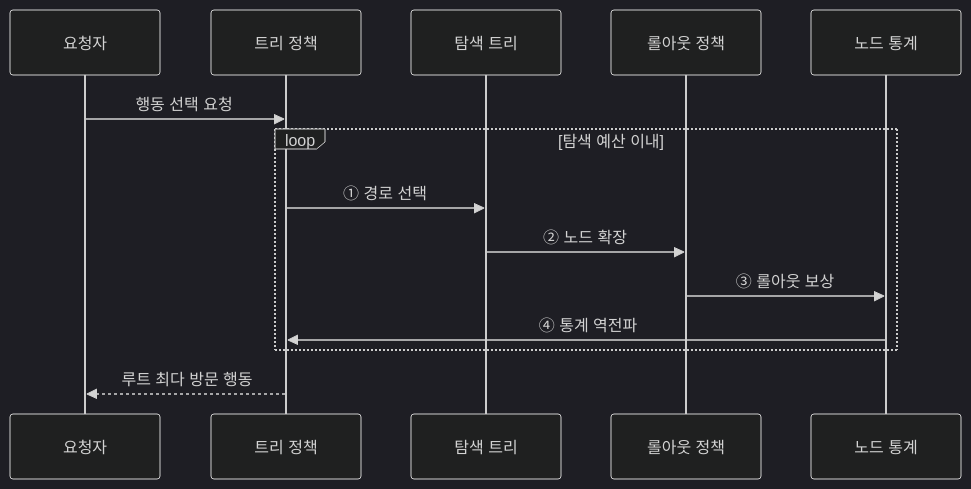
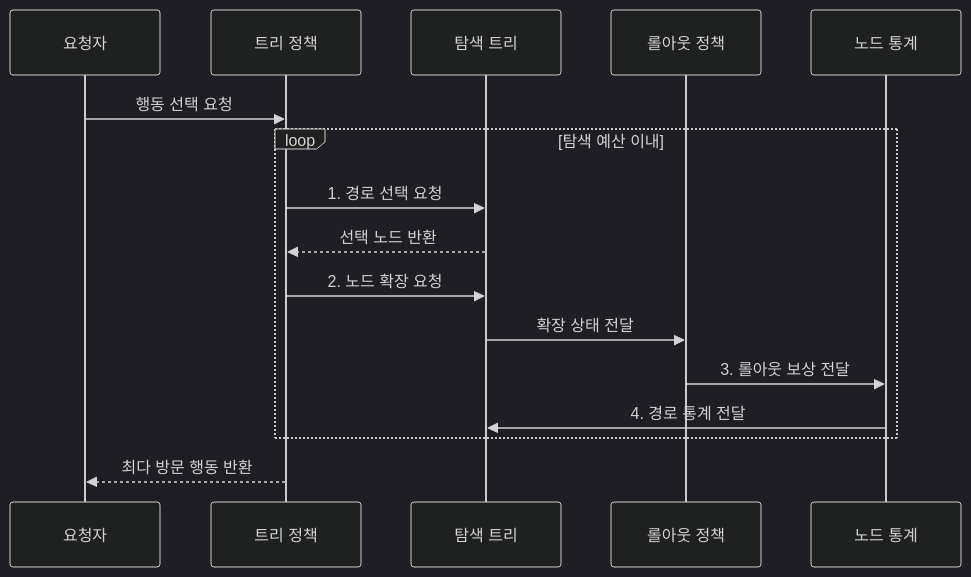
One commit to agnusdei1207/knowledge-base changed the third of 4 diagrams in src/content/docs/notes/01-basic-theory/018_mcts.md. Above: the diagram before and after it, drawn with Mermaid (dark theme). The commit also changed other lines of this file and 20 other files, not shown here.

````diff
--- a/src/content/docs/notes/01-basic-theory/018_mcts.md
+++ b/src/content/docs/notes/01-basic-theory/018_mcts.md
@@ -102,16 +107,18 @@
 ```mermaid
 sequenceDiagram
     participant Q as 요청자
     participant T as 트리 정책
     participant R as 탐색 트리
     participant P as 롤아웃 정책
     participant S as 노드 통계
     Q->>T: 행동 선택 요청
     loop 탐색 예산 이내
-        T->>R: ① 경로 선택
-        R->>P: ② 노드 확장
-        P->>S: ③ 롤아웃 보상
-        S->>T: ④ 통계 역전파
+        T->>R: 1. 경로 선택 요청
+        R-->>T: 선택 노드 반환
+        T->>R: 2. 노드 확장 요청
+        R->>P: 확장 상태 전달
+        P->>S: 3. 롤아웃 보상 전달
+        S->>R: 4. 경로 통계 전달
     end
-    T-->>Q: 루트 최다 방문 행동
+    T-->>Q: 최다 방문 행동 반환
 ```
````
